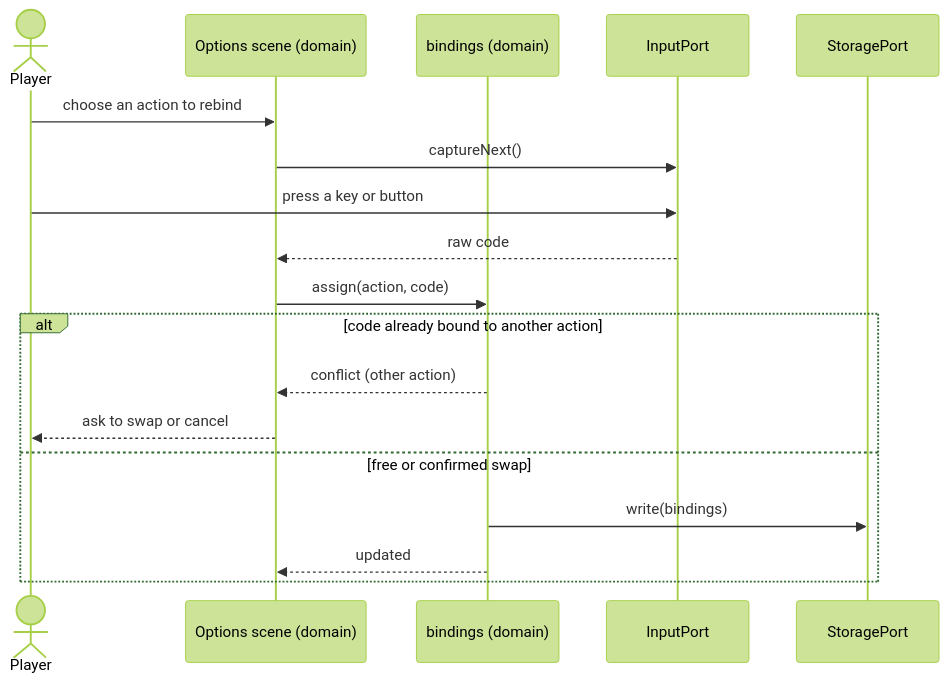
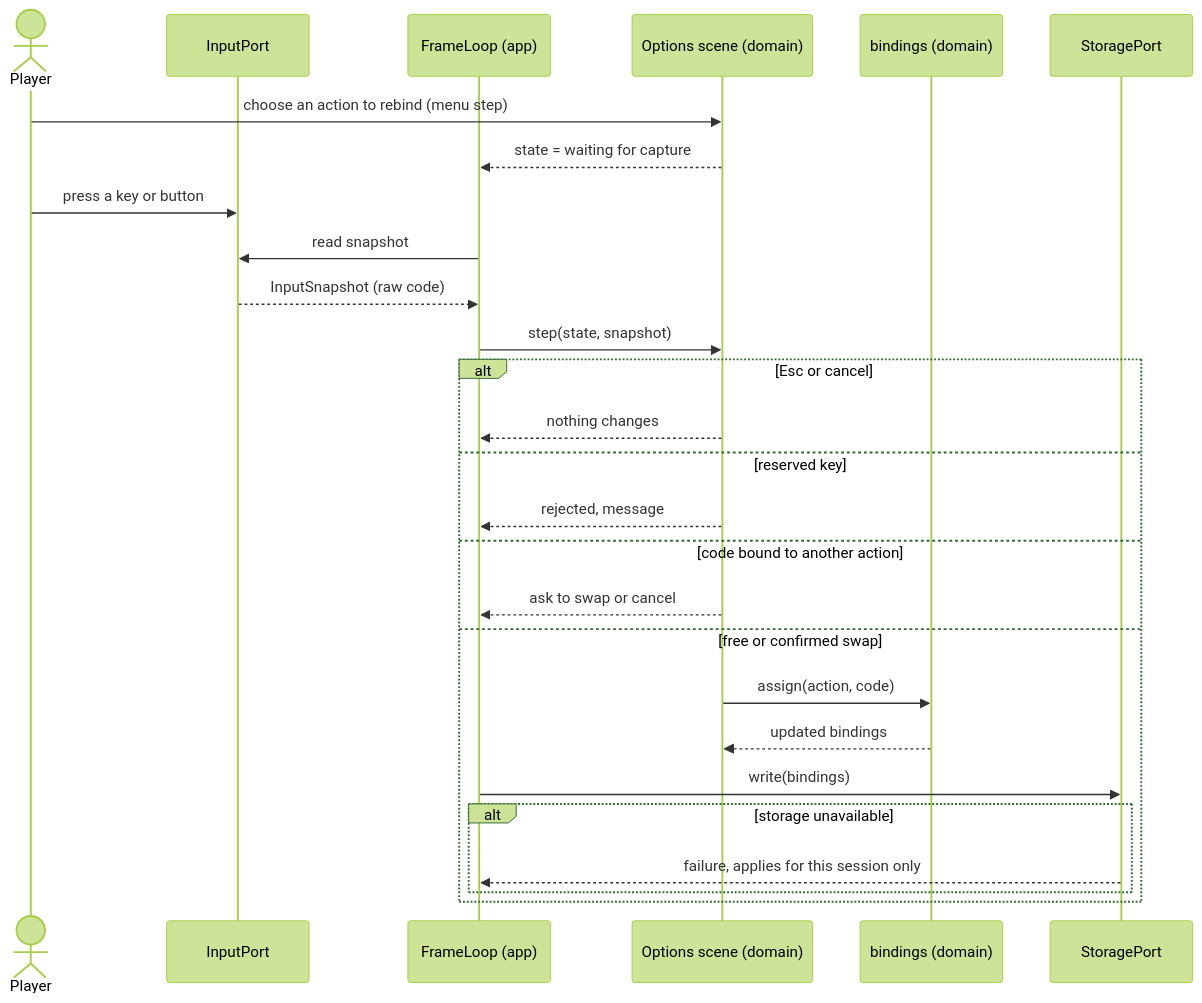
The diagram in docs/architecture/diagrams/meta/08-sequence-rebind.md (benoit-bremaud/retro-plumber), drawn with Mermaid (forest theme) before and after one commit. The commit also changed other lines of this file and 7 other files, not shown here.

Commit message:
docs(uml): apply local review fixes to specs and sequences

````diff
--- a/docs/architecture/diagrams/meta/08-sequence-rebind.md
+++ b/docs/architecture/diagrams/meta/08-sequence-rebind.md
@@ -12,20 +12,29 @@
 ```mermaid
 sequenceDiagram
     actor P as Player
+    participant In as InputPort
+    participant FL as FrameLoop (app)
     participant Scene as Options scene (domain)
     participant Bind as bindings (domain)
-    participant In as InputPort
     participant Store as StoragePort
-    P->>Scene: choose an action to rebind
-    Scene->>In: captureNext()
+    P->>Scene: choose an action to rebind (menu step)
+    Scene-->>FL: state = waiting for capture
     P->>In: press a key or button
-    In-->>Scene: raw code
-    Scene->>Bind: assign(action, code)
-    alt code already bound to another action
-        Bind-->>Scene: conflict (other action)
-        Scene-->>P: ask to swap or cancel
+    FL->>In: read snapshot
+    In-->>FL: InputSnapshot (raw code)
+    FL->>Scene: step(state, snapshot)
+    alt Esc or cancel
+        Scene-->>FL: nothing changes
+    else reserved key
+        Scene-->>FL: rejected, message
+    else code bound to another action
+        Scene-->>FL: ask to swap or cancel
     else free or confirmed swap
-        Bind->>Store: write(bindings)
-        Bind-->>Scene: updated
+        Scene->>Bind: assign(action, code)
+        Bind-->>Scene: updated bindings
+        FL->>Store: write(bindings)
+        alt storage unavailable
+            Store-->>FL: failure, applies for this session only
+        end
     end
 ```
````
